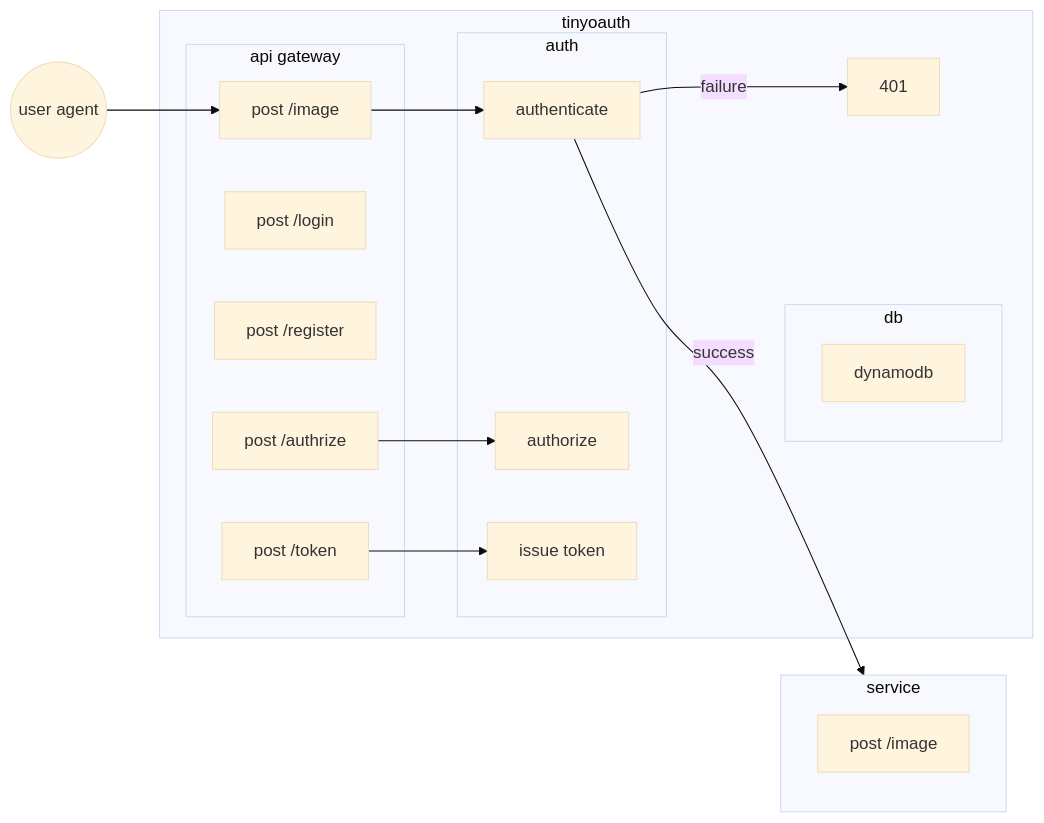
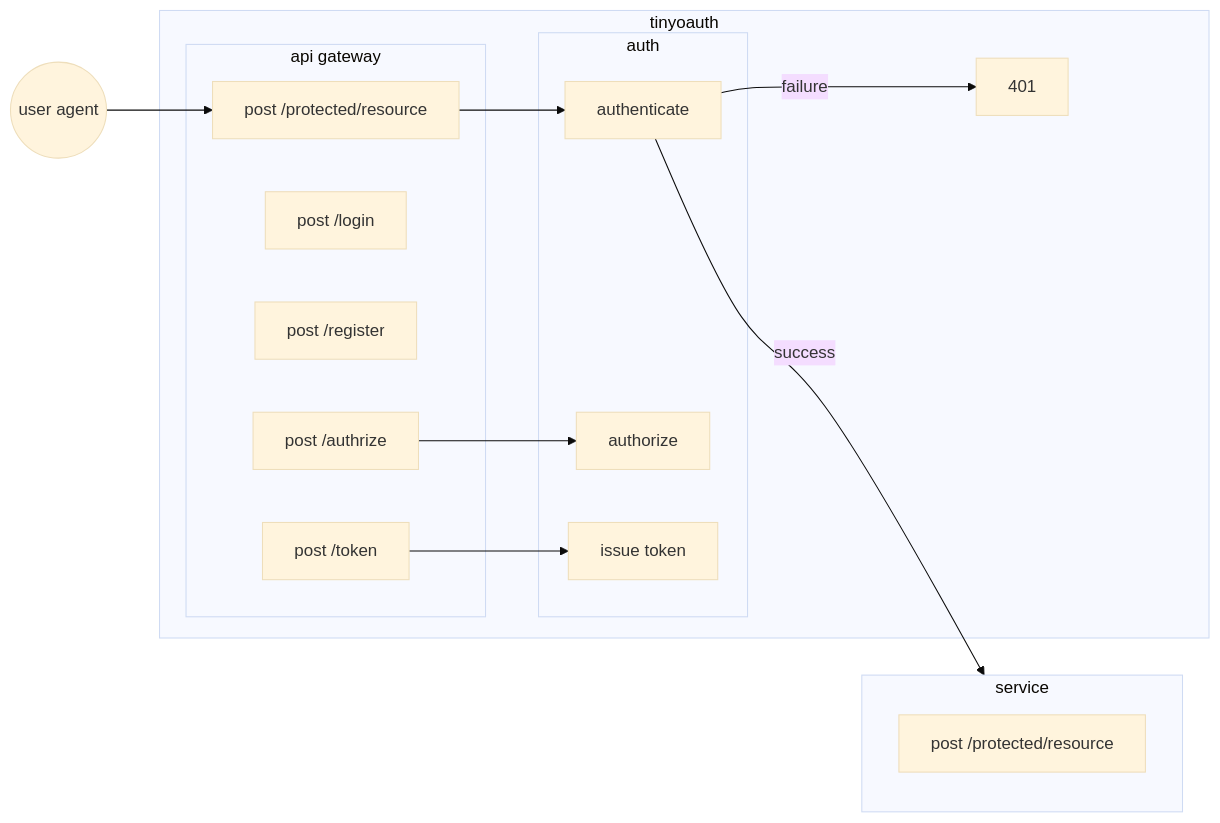
Before and after one commit to DevecorSoft/tinyoauth: the second of 4 diagrams in docs/source/explanation/architecture.md, drawn with Mermaid (base theme). The commit also changed other lines of this file, not shown here.

Commit message:
refine architecture doc

````diff
--- a/docs/source/explanation/architecture.md
+++ b/docs/source/explanation/architecture.md
@@ -12,37 +13,33 @@
-```{mermaid}
+```mermaid
 flowchart LR
   subgraph tinyoauth
 
     subgraph gateway[api gateway]
-      post_image_api[post /image]
+      post_protected_api[post /protected/resource]
       post_login_api[post /login]
       post_register_api[post /register]
       post_authorize_api[post /authrize]
       post_token_api[post /token]
     end
 
     subgraph auth
       authenticate
       authorize
       issue_token[issue token]
     end
 
-    subgraph db
-      dynamodb
-    end
-
-    post_image_api --> authenticate
+    post_protected_api --> authenticate
     authenticate -- failure --> 401
 
     post_authorize_api --> authorize
     post_token_api --> issue_token
 
   end
 
   subgraph service
-    service_api[post /image]
+    service_api[post /protected/resource]
   end
 
   authenticate -- success --> service
-  user_agent((user agent)) --> post_image_api
+  user_agent((user agent)) --> post_protected_api
 ```
````
